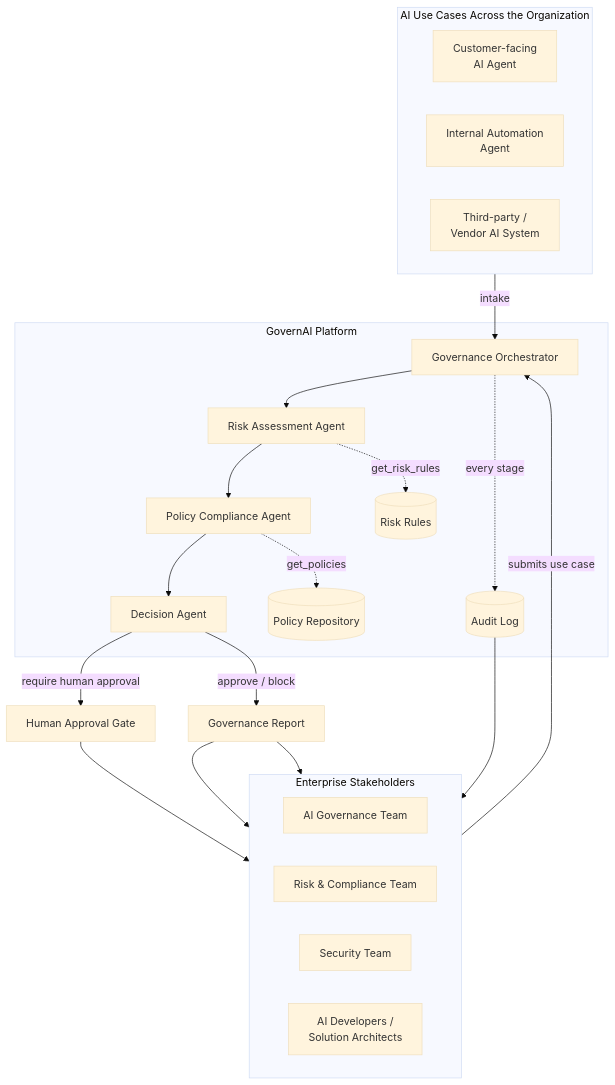
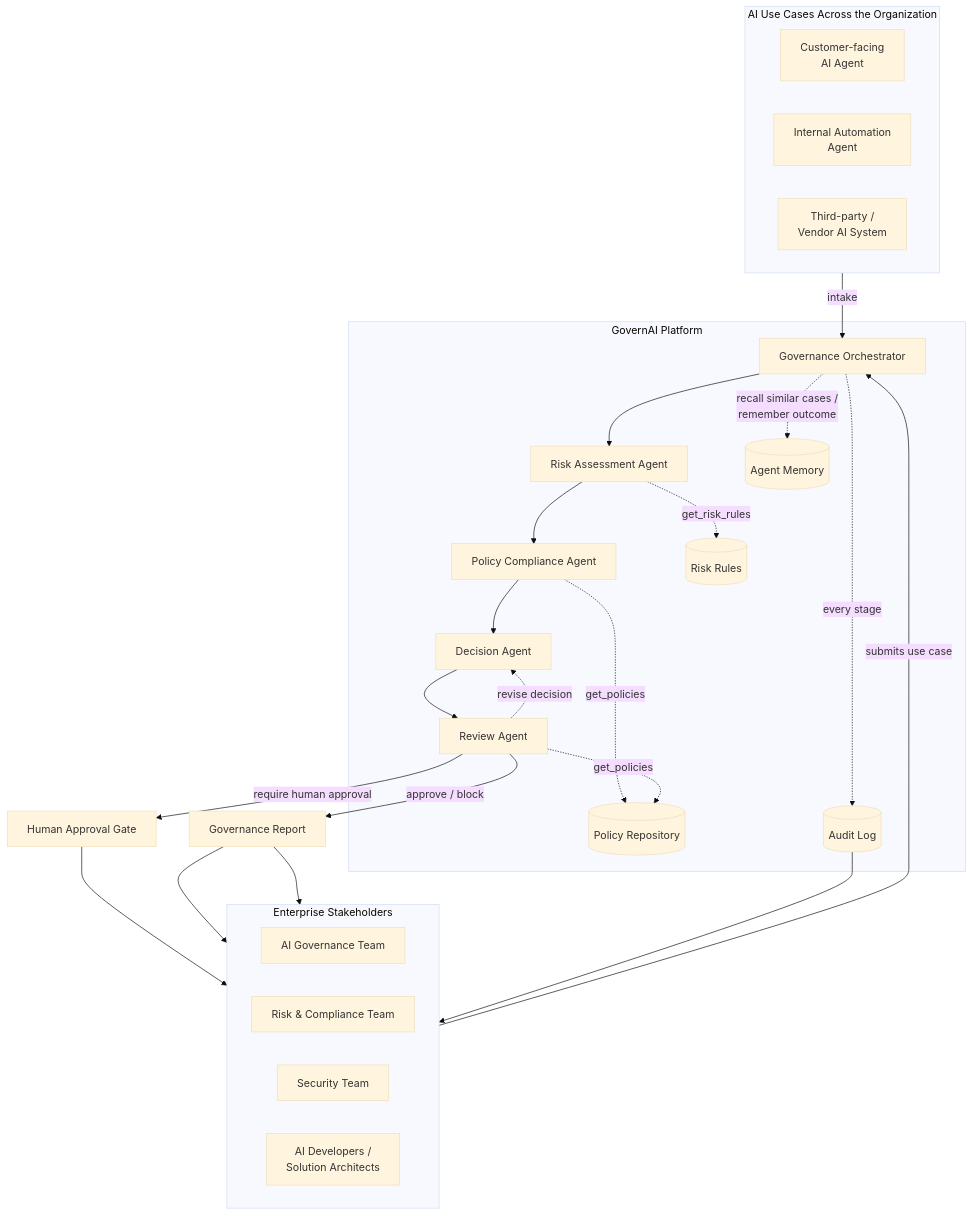
One commit to lujainn1/GovernAI changed the diagram in README.md. Above: the diagram before and after it, drawn with Mermaid (base theme). The commit also changed other lines of this file and 17 other files, not shown here.

````diff
--- a/README.md
+++ b/README.md
@@ -30,43 +43,48 @@
 ```mermaid
 flowchart TB
     subgraph STAKE["Enterprise Stakeholders"]
         direction LR
         GOV[AI Governance Team]
         RISK[Risk & Compliance Team]
         SEC[Security Team]
         DEV[AI Developers /<br/>Solution Architects]
     end
 
     subgraph INTAKE["AI Use Cases Across the Organization"]
         direction LR
         UC1[Customer-facing<br/>AI Agent]
         UC2[Internal Automation<br/>Agent]
         UC3[Third-party /<br/>Vendor AI System]
     end
 
     DEV -- submits use case --> ORCH
 
     subgraph GAI["GovernAI Platform"]
         ORCH[Governance Orchestrator]
         RA[Risk Assessment Agent]
         PA[Policy Compliance Agent]
         DA[Decision Agent]
+        REV[Review Agent]
         PR[(Policy Repository)]
         RR[(Risk Rules)]
         AL[(Audit Log)]
+        MEM[(Agent Memory)]
 
-        ORCH --> RA --> PA --> DA
+        ORCH --> RA --> PA --> DA --> REV
+        REV -. revise decision .-> DA
+        ORCH -. recall similar cases /<br/>remember outcome .-> MEM
         RA -. get_risk_rules .-> RR
         PA -. get_policies .-> PR
+        REV -. get_policies .-> PR
         ORCH -. every stage .-> AL
     end
 
     INTAKE -- intake --> ORCH
 
-    DA -- approve / block --> REPORT[Governance Report]
-    DA -- require human approval --> HUMAN[Human Approval Gate]
+    REV -- approve / block --> REPORT[Governance Report]
+    REV -- require human approval --> HUMAN[Human Approval Gate]
     HUMAN --> GOV
     REPORT --> RISK
     REPORT --> SEC
     AL --> RISK
 ```
````
